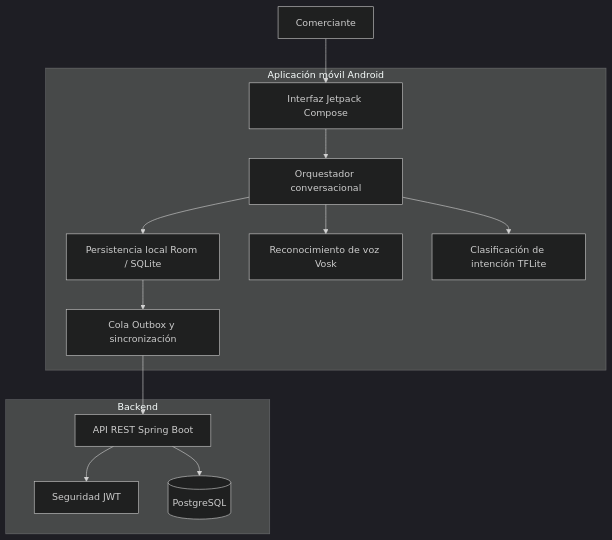
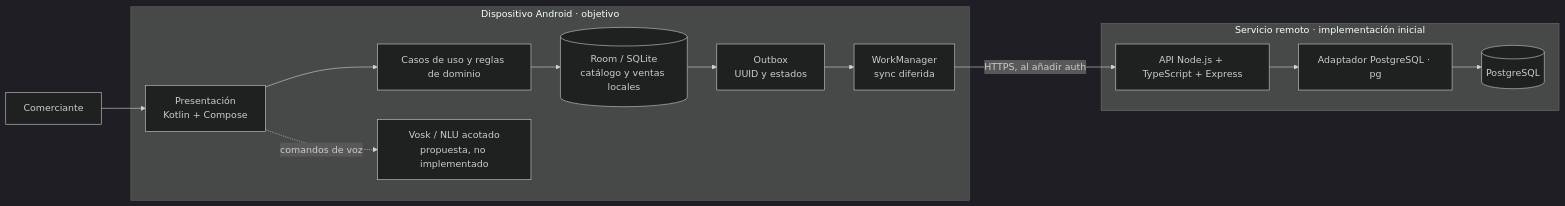
One commit to bibi567-ch/asistente-ia-mypes-vinto changed the diagram in diagrams/C2_Contenedores.mmd. Above: the diagram before and after it, drawn with Mermaid (dark theme). The commit also changed 35 other files, not shown here.

Commit message:
docs: organize MYPES Vinto repository and PostgreSQL scaffold

```diff
--- a/diagrams/C2_Contenedores.mmd
+++ b/diagrams/C2_Contenedores.mmd
@@ -1,24 +1,27 @@
-flowchart TB
-    usuario[Comerciante]
-    subgraph app[Aplicación móvil Android]
-      ui[Interfaz Jetpack Compose]
-      conversation[Orquestador conversacional]
-      local[Persistencia local Room / SQLite]
-      sync[Cola Outbox y sincronización]
-      voice[Reconocimiento de voz Vosk]
-      intent[Clasificación de intención TFLite]
+flowchart LR
+    merchant[Comerciante]
+    subgraph android[Dispositivo Android · objetivo]
+      ui[Presentación<br/>Kotlin + Compose]
+      domain[Casos de uso y reglas de dominio]
+      local[(Room / SQLite<br/>catálogo y ventas locales)]
+      outbox[Outbox<br/>UUID y estados]
+      worker[WorkManager<br/>sync diferida]
+      asr[Vosk / NLU acotado<br/>propuesta, no implementado]
     end
-    subgraph server[Backend]
-      api[API REST Spring Boot]
-      security[Seguridad JWT]
+    subgraph server[Servicio remoto · implementación inicial]
+      api[API Node.js + TypeScript + Express]
+      pool[Adaptador PostgreSQL · pg]
       db[(PostgreSQL)]
     end
-    usuario --> ui
-    ui --> conversation
-    conversation --> voice
-    conversation --> intent
-    conversation --> local
-    local --> sync
-    sync --> api
-    api --> security
-    api --> db
+    merchant --> ui
+    ui --> domain
+    domain --> local
+    ui -. comandos de voz .-> asr
+    local --> outbox
+    outbox --> worker
+    worker -->|HTTPS, al añadir auth| api
+    api --> pool
+    pool --> db
+
+    %% La API existente solo tiene health check y conexión PostgreSQL.
+    %% Ventas, auth, sync y Android aún no están implementados.
```
